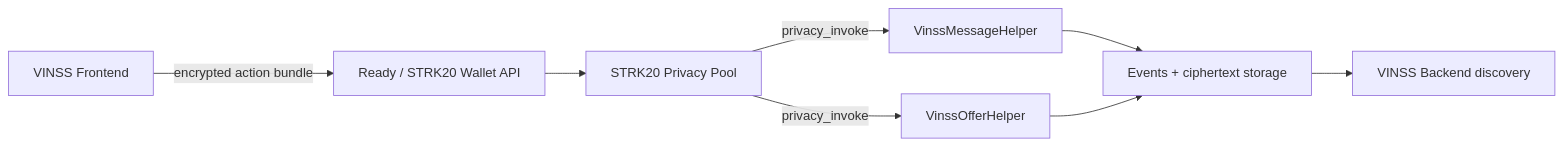
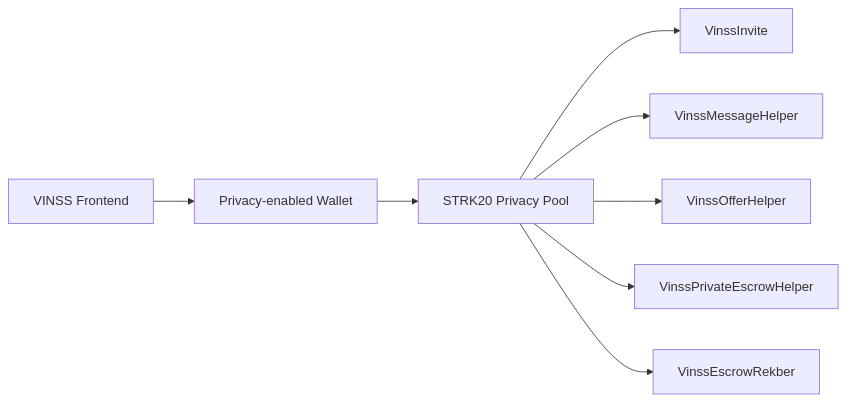
Before and after one commit to DXJLabs/vinss: the diagram in docs/technical/smart-contracts/architecture.md, drawn with Mermaid. The commit also changed other lines of this file and 11 other files, not shown here.

````diff
--- a/docs/technical/smart-contracts/architecture.md
+++ b/docs/technical/smart-contracts/architecture.md
@@ -7,18 +27,19 @@
 ```mermaid
 flowchart LR
-    C[VINSS Frontend]
-    W[Ready / STRK20 Wallet API]
-    P[STRK20 Privacy Pool]
-    M[VinssMessageHelper]
-    O[VinssOfferHelper]
-    E[Events + ciphertext storage]
-    B[VINSS Backend discovery]
+    F["VINSS Frontend"]
+    W["Privacy-enabled Wallet"]
+    P["STRK20 Privacy Pool"]
 
-    C -->|encrypted action bundle| W
-    W --> P
-    P -->|privacy_invoke| M
-    P -->|privacy_invoke| O
-    M --> E
-    O --> E
-    E --> B
+    I["VinssInvite"]
+    M["VinssMessageHelper"]
+    O["VinssOfferHelper"]
+    C["VinssPrivateEscrowHelper"]
+    R["VinssEscrowRekber"]
+
+    F --> W --> P
+    P --> I
+    P --> M
+    P --> O
+    P --> C
+    P --> R
 ```
````
